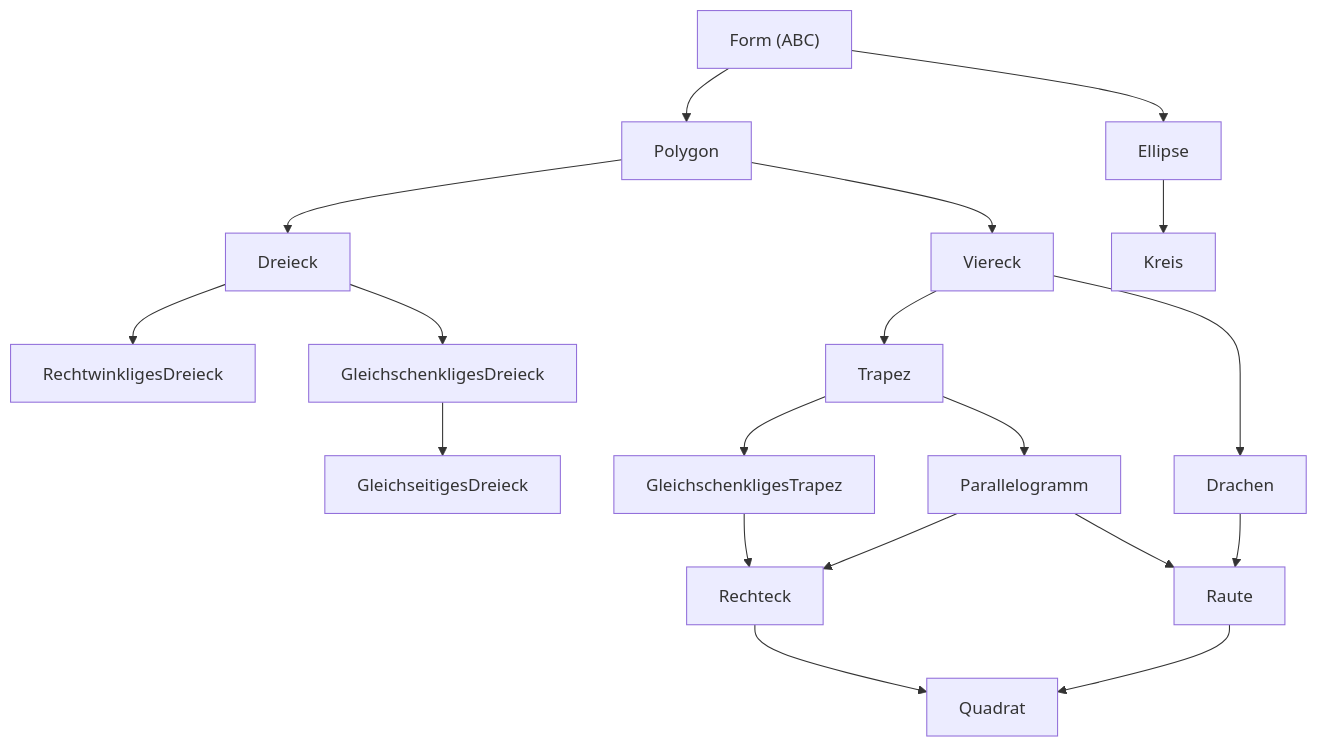
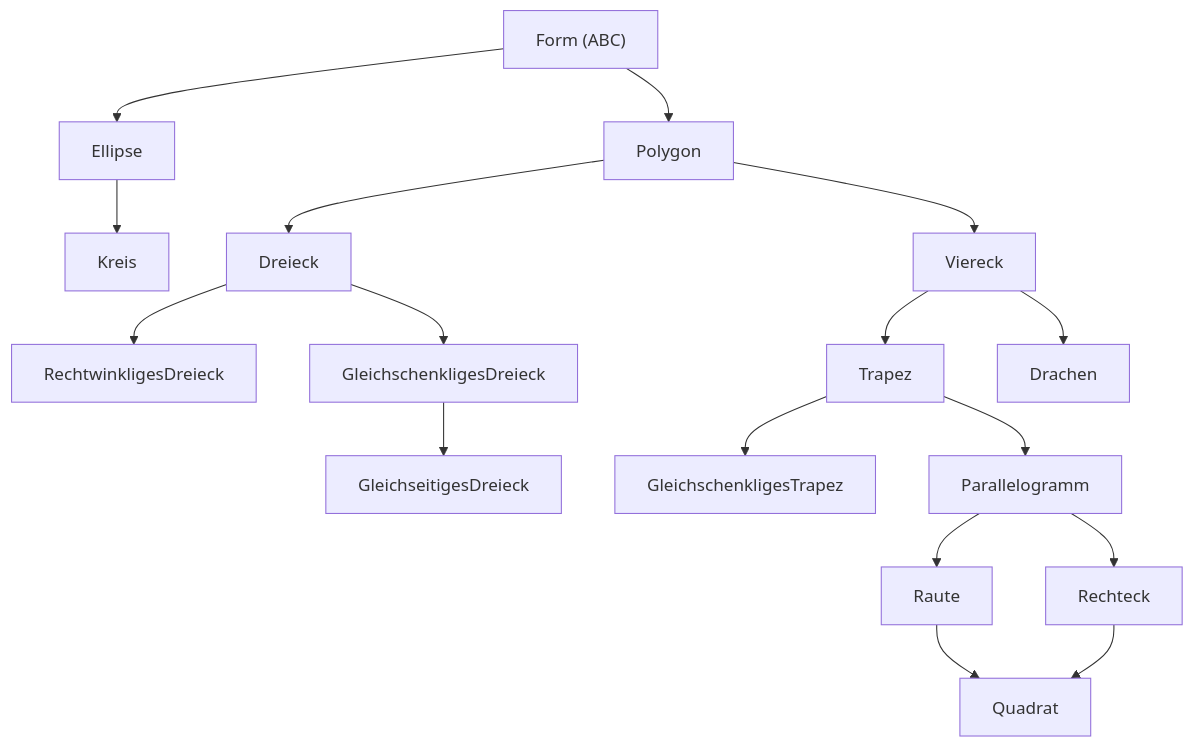
One commit to oliver-devs/py-euclid changed the diagram in README.md. Above: the diagram before and after it, drawn with Mermaid. The commit also changed other lines of this file, not shown here.

````diff
--- a/README.md
+++ b/README.md
@@ -76,25 +83,25 @@
 ```mermaid
 graph TD
     Form["Form (ABC)"] --> Polygon
     Form --> Ellipse
     Ellipse --> Kreis
 
     Polygon --> Dreieck
     Polygon --> Viereck
 
     Dreieck --> RechtwinkligesDreieck
     Dreieck --> GleichschenkligesDreieck
     GleichschenkligesDreieck --> GleichseitigesDreieck
 
     Viereck --> Trapez
     Viereck --> Drachen
-    Drachen --> Raute
+
     Trapez --> GleichschenkligesTrapez
     Trapez --> Parallelogramm
-    GleichschenkligesTrapez --> Rechteck
+    
     Parallelogramm --> Rechteck
     Parallelogramm --> Raute
 
     Raute --> Quadrat
     Rechteck --> Quadrat
 ```
````
